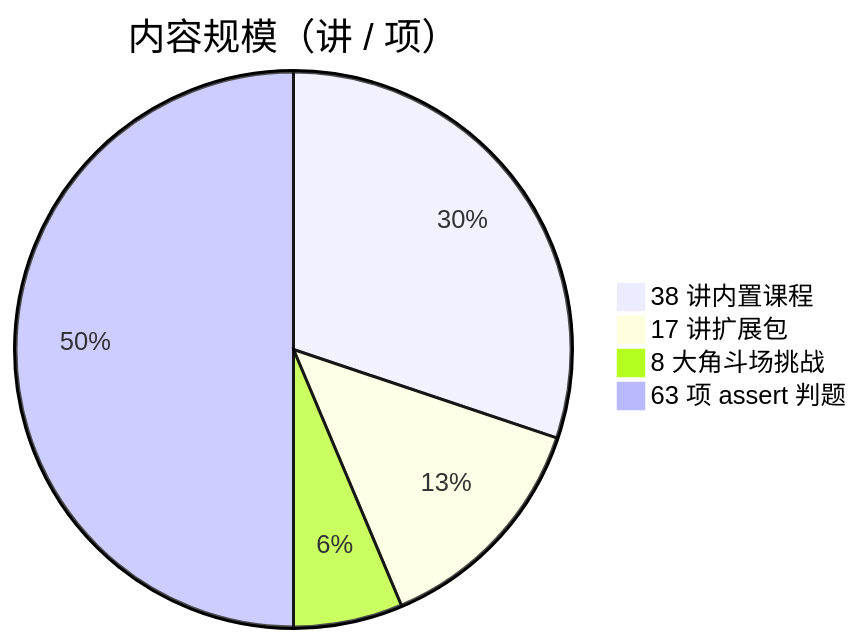
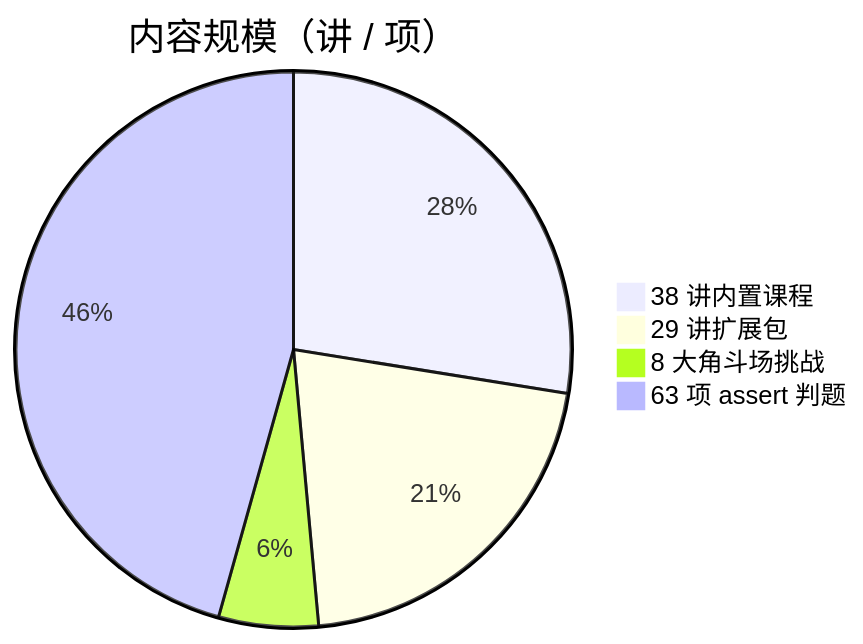
One commit to Morningstar202604/mashang changed the third of 4 diagrams in README.zh-CN.md. Above: the diagram before and after it, drawn with Mermaid. The commit also changed other lines of this file and 42 other files, not shown here.

````diff
--- a/README.zh-CN.md
+++ b/README.zh-CN.md
@@ -91,7 +91,7 @@
 ```mermaid
 pie title 内容规模（讲 / 项）
     "38 讲内置课程" : 38
-    "17 讲扩展包" : 17
+    "29 讲扩展包" : 29
     "8 大角斗场挑战" : 8
     "63 项 assert 判题" : 63
 ```
````
